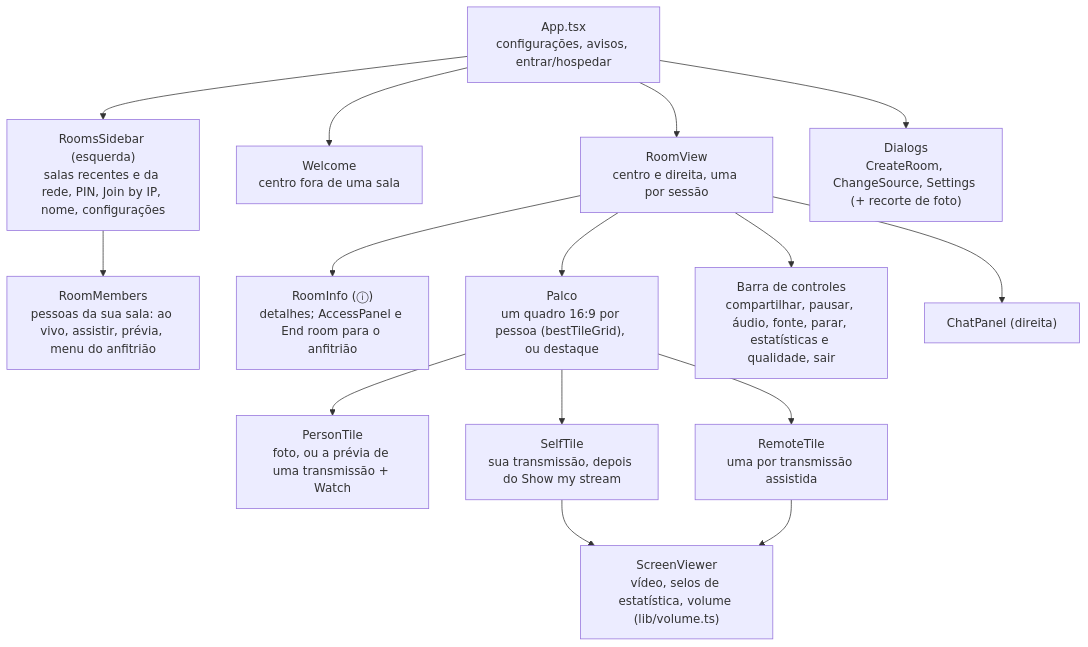
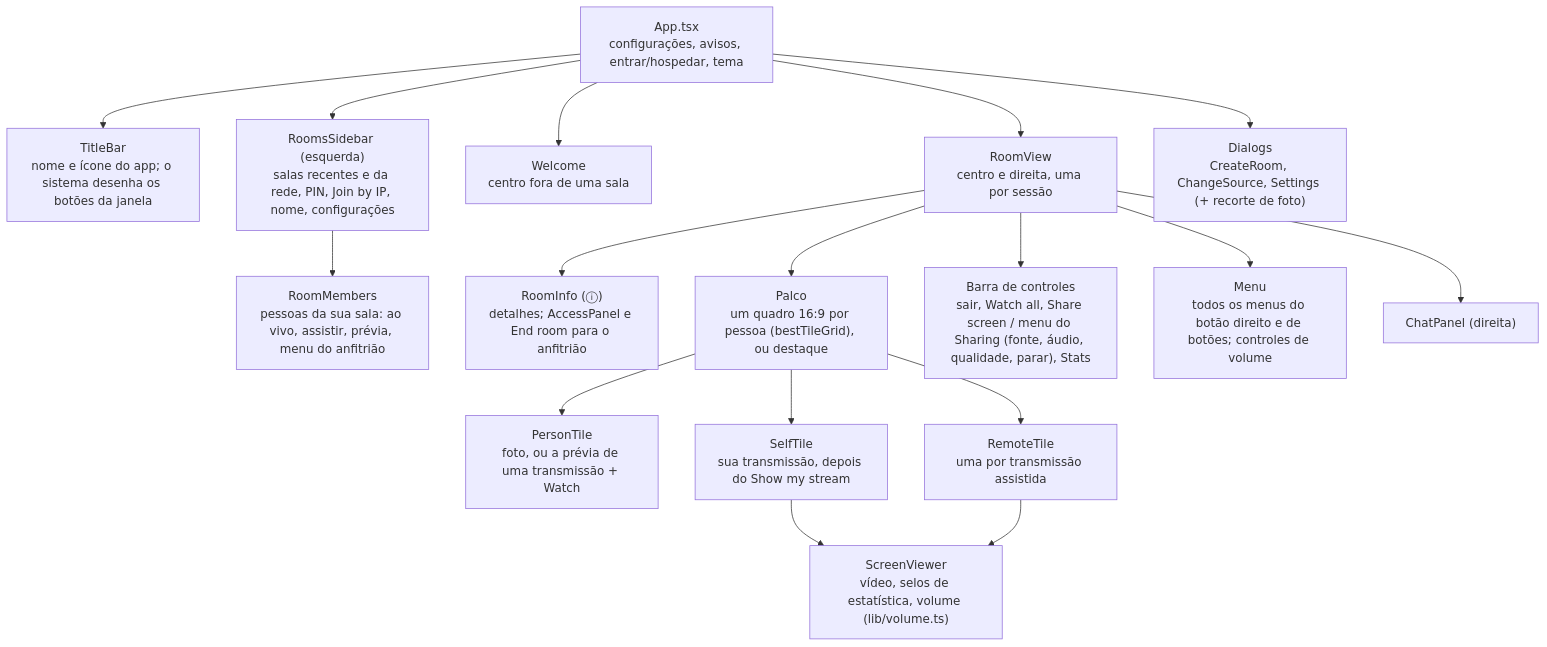
The fifth of 8 diagrams in docs/pt-BR/architecture.md (nsfxu/lan-screenshare), drawn with Mermaid before and after one commit. The commit also changed other lines of this file and 13 other files, not shown here.

````diff
--- a/docs/pt-BR/architecture.md
+++ b/docs/pt-BR/architecture.md
@@ -264,18 +271,20 @@
 ```mermaid
 flowchart TB
-  App["App.tsx<br/>configurações, avisos, entrar/hospedar"]
+  App["App.tsx<br/>configurações, avisos, entrar/hospedar, tema"]
+  App --> Title["TitleBar<br/>nome e ícone do app; o sistema desenha os botões da janela"]
   App --> Rooms["RoomsSidebar (esquerda)<br/>salas recentes e da rede, PIN, Join by IP, nome, configurações"]
   Rooms --> Members["RoomMembers<br/>pessoas da sua sala: ao vivo, assistir, prévia, menu do anfitrião"]
   App --> Welcome["Welcome<br/>centro fora de uma sala"]
   App --> Room["RoomView<br/>centro e direita, uma por sessão"]
   App --> Dlg["Dialogs<br/>CreateRoom, ChangeSource, Settings (+ recorte de foto)"]
   Room --> Info["RoomInfo (ⓘ)<br/>detalhes; AccessPanel e End room para o anfitrião"]
   Room --> Stage["Palco<br/>um quadro 16:9 por pessoa (bestTileGrid), ou destaque"]
   Stage --> Person["PersonTile<br/>foto, ou a prévia de uma transmissão + Watch"]
   Stage --> Self["SelfTile<br/>sua transmissão, depois do Show my stream"]
   Stage --> Remote["RemoteTile<br/>uma por transmissão assistida"]
   Self --> SV["ScreenViewer<br/>vídeo, selos de estatística, volume (lib/volume.ts)"]
   Remote --> SV
-  Room --> Bar["Barra de controles<br/>compartilhar, pausar, áudio, fonte, parar, estatísticas e qualidade, sair"]
+  Room --> Bar["Barra de controles<br/>sair, Watch all, Share screen / menu do Sharing (fonte, áudio, qualidade, parar), Stats"]
+  Room --> Menu["Menu<br/>todos os menus do botão direito e de botões; controles de volume"]
   Room --> Chat["ChatPanel (direita)"]
 ```
````
